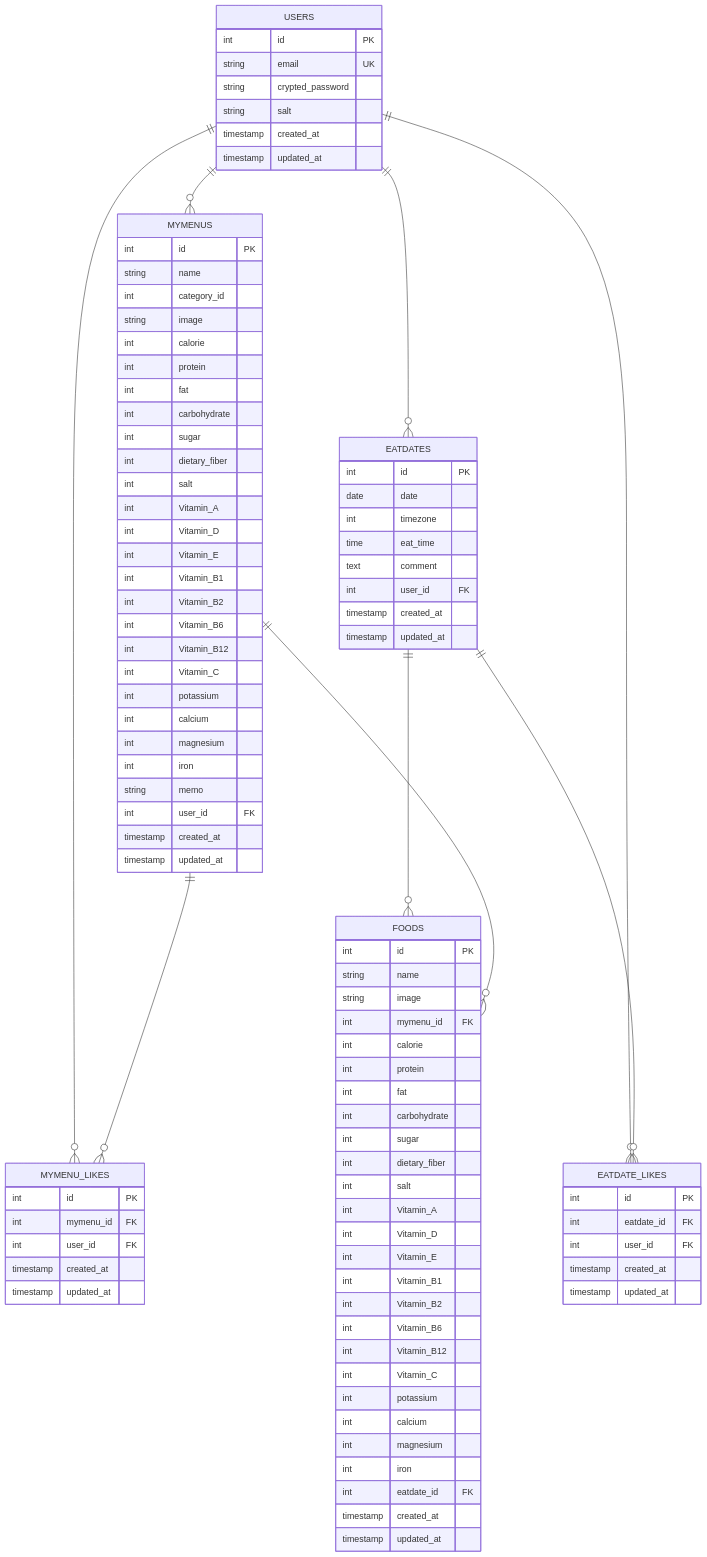
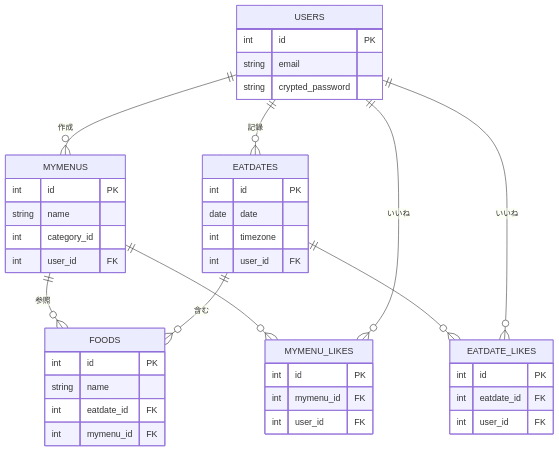
The diagram in README.md (yudai142/food_sharey), drawn with Mermaid before and after one commit.

````diff
--- a/README.md
+++ b/README.md
@@ -54,106 +54,50 @@
 ```mermaid
 erDiagram
-    USERS ||--o{ MYMENUS : ""
-    USERS ||--o{ EATDATES : ""
-    USERS ||--o{ EATDATE_LIKES : ""
-    USERS ||--o{ MYMENU_LIKES : ""
-    EATDATES ||--o{ FOODS : ""
+    USERS ||--o{ MYMENUS : "作成"
+    USERS ||--o{ EATDATES : "記録"
+    USERS ||--o{ EATDATE_LIKES : "いいね"
+    USERS ||--o{ MYMENU_LIKES : "いいね"
+    EATDATES ||--o{ FOODS : "含む"
     EATDATES ||--o{ EATDATE_LIKES : ""
+    MYMENUS ||--o{ FOODS : "参照"
     MYMENUS ||--o{ MYMENU_LIKES : ""
-    MYMENUS ||--o{ FOODS : ""
 
     USERS {
         int id PK
-        string email UK
+        string email
         string crypted_password
-        string salt
-        timestamp created_at
-        timestamp updated_at
     }
 
     MYMENUS {
         int id PK
         string name
         int category_id
-        string image
-        int calorie
-        int protein
-        int fat
-        int carbohydrate
-        int sugar
-        int dietary_fiber
-        int salt
-        int Vitamin_A
-        int Vitamin_D
-        int Vitamin_E
-        int Vitamin_B1
-        int Vitamin_B2
-        int Vitamin_B6
-        int Vitamin_B12
-        int Vitamin_C
-        int potassium
-        int calcium
-        int magnesium
-        int iron
-        string memo
         int user_id FK
-        timestamp created_at
-        timestamp updated_at
     }
 
     EATDATES {
         int id PK
         date date
         int timezone
-        time eat_time
-        text comment
         int user_id FK
-        timestamp created_at
-        timestamp updated_at
     }
 
     FOODS {
         int id PK
         string name
-        string image
+        int eatdate_id FK
         int mymenu_id FK
-        int calorie
-        int protein
-        int fat
-        int carbohydrate
-        int sugar
-        int dietary_fiber
-        int salt
-        int Vitamin_A
-        int Vitamin_D
-        int Vitamin_E
-        int Vitamin_B1
-        int Vitamin_B2
-        int Vitamin_B6
-        int Vitamin_B12
-        int Vitamin_C
-        int potassium
-        int calcium
-        int magnesium
-        int iron
-        int eatdate_id FK
-        timestamp created_at
-        timestamp updated_at
     }
 
     EATDATE_LIKES {
         int id PK
         int eatdate_id FK
         int user_id FK
-        timestamp created_at
-        timestamp updated_at
     }
 
     MYMENU_LIKES {
         int id PK
         int mymenu_id FK
         int user_id FK
-        timestamp created_at
-        timestamp updated_at
     }
 ```
````
